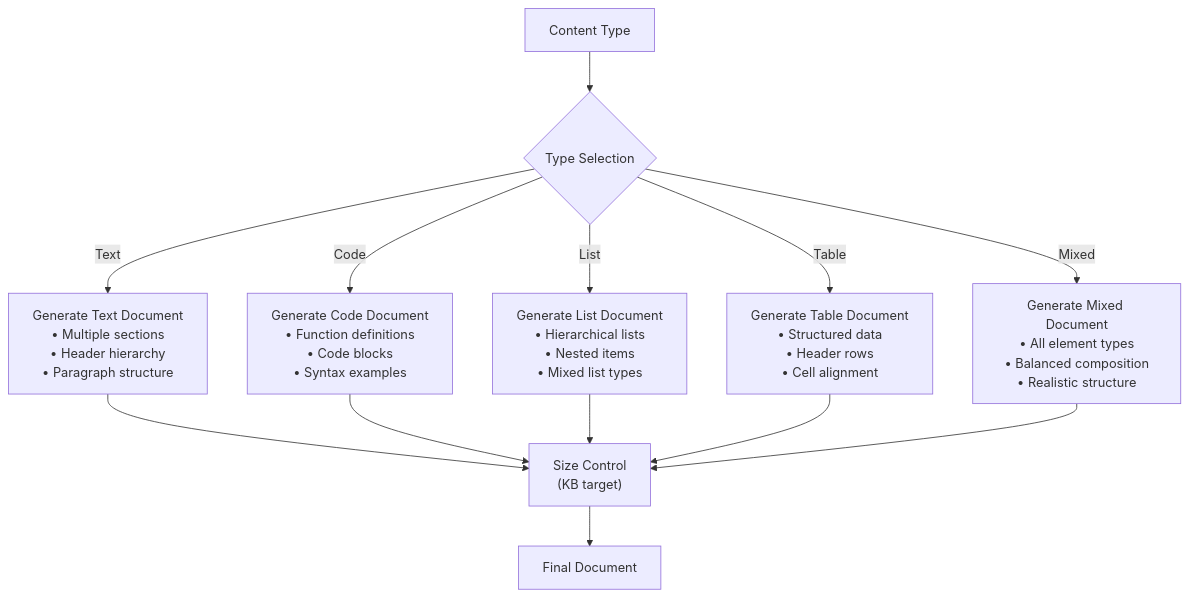
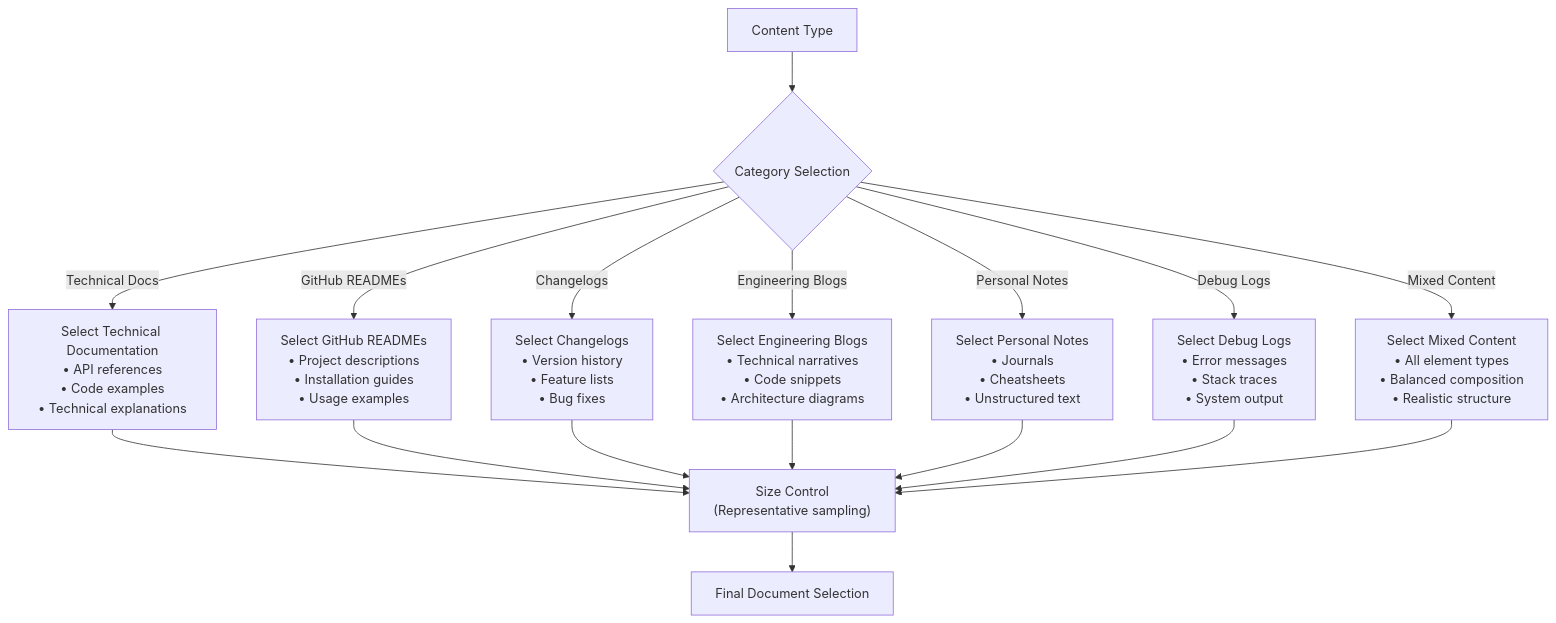
One commit to asukhodko/dify-markdown-chunker changed the eighth of 12 diagrams in .qoder/repowiki/en/content/Testing and Quality/Performance Benchmarks/Performance Benchmarks.md. Above: the diagram before and after it, drawn with Mermaid. The commit also changed other lines of this file and 5 other files, not shown here.

````diff
--- a/.qoder/repowiki/en/content/Testing and Quality/Performance Benchmarks/Performance Benchmarks.md
+++ b/.qoder/repowiki/en/content/Testing and Quality/Performance Benchmarks/Performance Benchmarks.md
@@ -226,15 +275,19 @@
 ```mermaid
 flowchart TD
-ContentType["Content Type"] --> Decision{"Type Selection"}
-Decision --> |Text| TextGen["Generate Text Document<br/>• Multiple sections<br/>• Header hierarchy<br/>• Paragraph structure"]
-Decision --> |Code| CodeGen["Generate Code Document<br/>• Function definitions<br/>• Code blocks<br/>• Syntax examples"]
-Decision --> |List| ListGen["Generate List Document<br/>• Hierarchical lists<br/>• Nested items<br/>• Mixed list types"]
-Decision --> |Table| TableGen["Generate Table Document<br/>• Structured data<br/>• Header rows<br/>• Cell alignment"]
-Decision --> |Mixed| MixedGen["Generate Mixed Document<br/>• All element types<br/>• Balanced composition<br/>• Realistic structure"]
-TextGen --> SizeControl["Size Control<br/>(KB target)"]
-CodeGen --> SizeControl
-ListGen --> SizeControl
-TableGen --> SizeControl
+ContentType["Content Type"] --> Decision{"Category Selection"}
+Decision --> |Technical Docs| TechGen["Select Technical Documentation<br/>• API references<br/>• Code examples<br/>• Technical explanations"]
+Decision --> |GitHub READMEs| ReadmeGen["Select GitHub READMEs<br/>• Project descriptions<br/>• Installation guides<br/>• Usage examples"]
+Decision --> |Changelogs| ChangelogGen["Select Changelogs<br/>• Version history<br/>• Feature lists<br/>• Bug fixes"]
+Decision --> |Engineering Blogs| BlogGen["Select Engineering Blogs<br/>• Technical narratives<br/>• Code snippets<br/>• Architecture diagrams"]
+Decision --> |Personal Notes| NotesGen["Select Personal Notes<br/>• Journals<br/>• Cheatsheets<br/>• Unstructured text"]
+Decision --> |Debug Logs| LogGen["Select Debug Logs<br/>• Error messages<br/>• Stack traces<br/>• System output"]
+Decision --> |Mixed Content| MixedGen["Select Mixed Content<br/>• All element types<br/>• Balanced composition<br/>• Realistic structure"]
+TechGen --> SizeControl["Size Control<br/>(Representative sampling)"]
+ReadmeGen --> SizeControl
+ChangelogGen --> SizeControl
+BlogGen --> SizeControl
+NotesGen --> SizeControl
+LogGen --> SizeControl
 MixedGen --> SizeControl
-SizeControl --> FinalDoc["Final Document"]
+SizeControl --> FinalDoc["Final Document Selection"]
 ```
````
